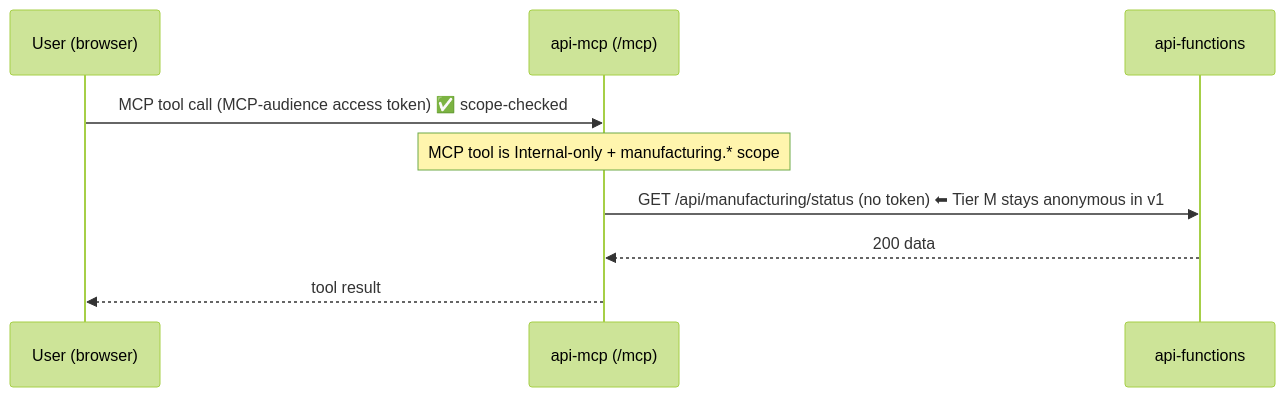
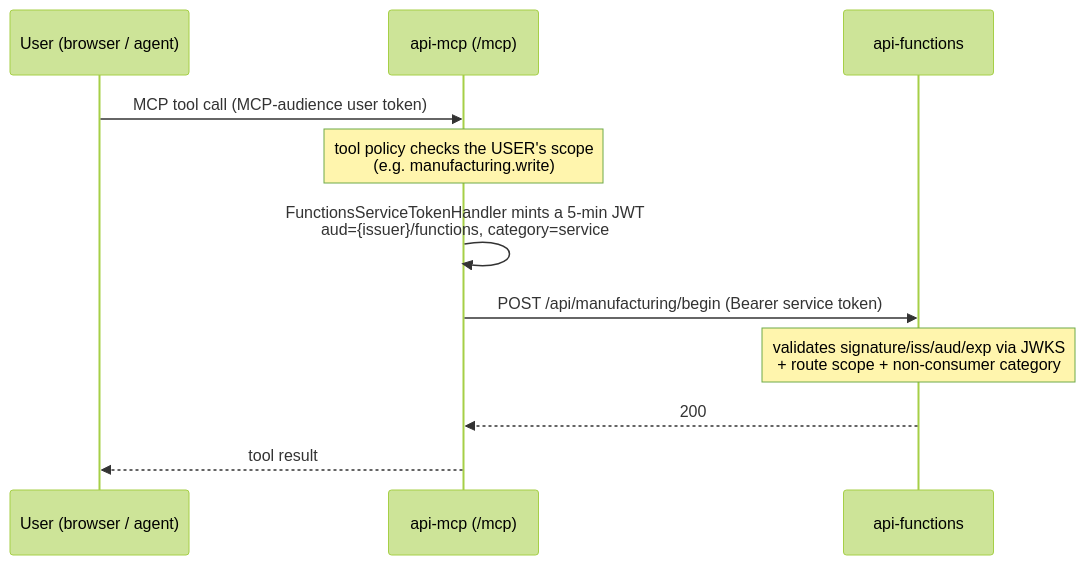
One commit to ahems/AdventureWorks changed the second of 2 diagrams in docs/features/functions-oauth/README.md. Above: the diagram before and after it, drawn with Mermaid (forest theme). The commit also changed other lines of this file and 51 other files, not shown here.

````diff
--- a/docs/features/functions-oauth/README.md
+++ b/docs/features/functions-oauth/README.md
@@ -131,11 +126,13 @@
 ```mermaid
 sequenceDiagram
-  participant U as User (browser)
+  participant U as User (browser / agent)
   participant M as api-mcp (/mcp)
   participant F as api-functions
-  U->>M: MCP tool call (MCP-audience access token) ✅ scope-checked
-  Note over M: MCP tool is Internal-only + manufacturing.* scope
-  M->>F: GET /api/manufacturing/status (no token) ⬅ Tier M stays anonymous in v1
-  F-->>M: 200 data
+  U->>M: MCP tool call (MCP-audience user token)
+  Note over M: tool policy checks the USER's scope<br/>(e.g. manufacturing.write)
+  M->>M: FunctionsServiceTokenHandler mints a 5-min JWT<br/>aud={issuer}/functions, category=service
+  M->>F: POST /api/manufacturing/begin (Bearer service token)
+  Note over F: validates signature/iss/aud/exp via JWKS<br/>+ route scope + non-consumer category
+  F-->>M: 200
   M-->>U: tool result
 ```
````
